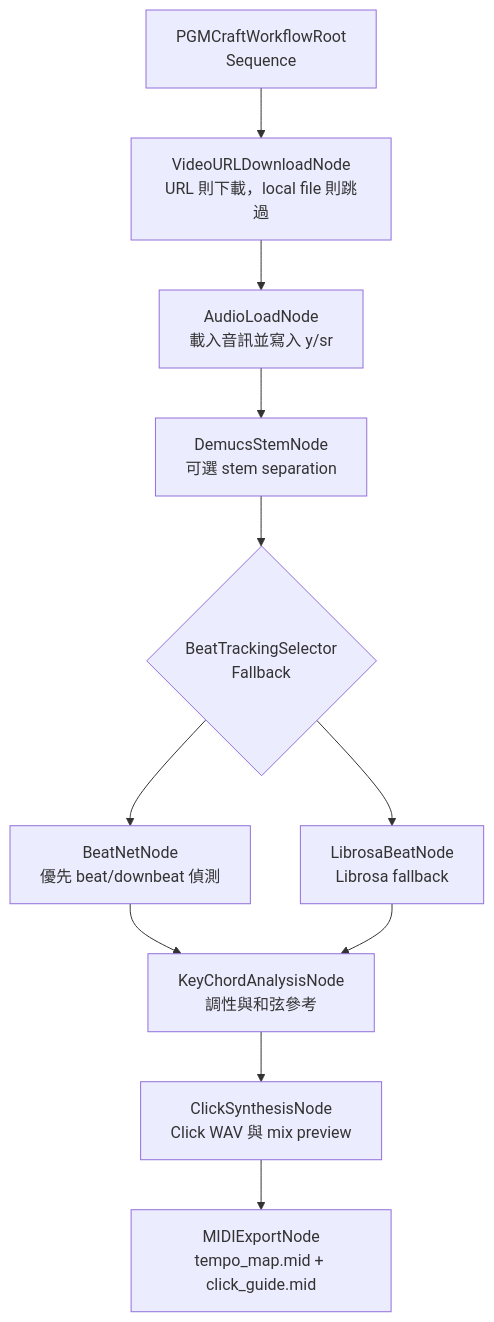
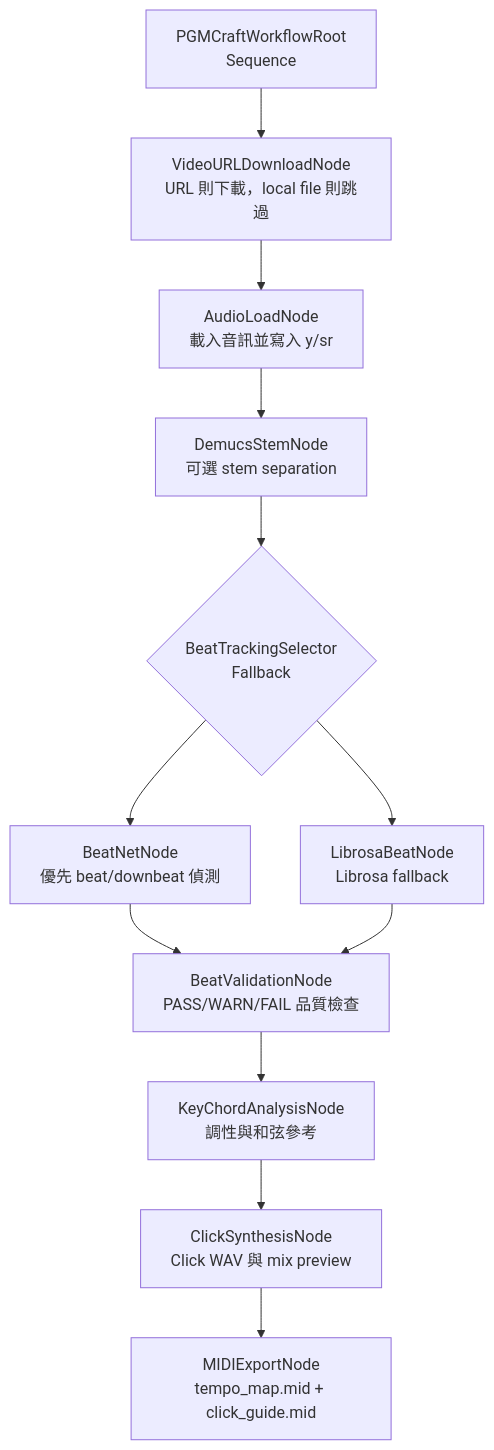
Before and after one commit to Chester930/pgmcraft-studio: the first of 2 diagrams in docs/BEHAVIOR-TREE.md, drawn with Mermaid. The commit also changed other lines of this file and 9 other files, not shown here.

Commit message:
feat(workflow): add beat validation node

````diff
--- a/docs/BEHAVIOR-TREE.md
+++ b/docs/BEHAVIOR-TREE.md
@@ -40,20 +41,22 @@
 ```mermaid
 flowchart TD
     Root["PGMCraftWorkflowRoot<br/>Sequence"]
     Download["VideoURLDownloadNode<br/>URL 則下載，local file 則跳過"]
     Load["AudioLoadNode<br/>載入音訊並寫入 y/sr"]
     Stem["DemucsStemNode<br/>可選 stem separation"]
     BeatFallback{"BeatTrackingSelector<br/>Fallback"}
     BeatNet["BeatNetNode<br/>優先 beat/downbeat 偵測"]
     Librosa["LibrosaBeatNode<br/>Librosa fallback"]
+    BeatCheck["BeatValidationNode<br/>PASS/WARN/FAIL 品質檢查"]
     KeyChord["KeyChordAnalysisNode<br/>調性與和弦參考"]
     Click["ClickSynthesisNode<br/>Click WAV 與 mix preview"]
     Midi["MIDIExportNode<br/>tempo_map.mid + click_guide.mid"]
 
     Root --> Download --> Load --> Stem --> BeatFallback
     BeatFallback --> BeatNet
     BeatFallback --> Librosa
-    BeatNet --> KeyChord
-    Librosa --> KeyChord
+    BeatNet --> BeatCheck
+    Librosa --> BeatCheck
+    BeatCheck --> KeyChord
     KeyChord --> Click --> Midi
 ```
````
